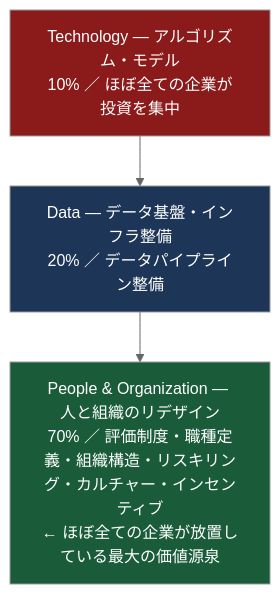
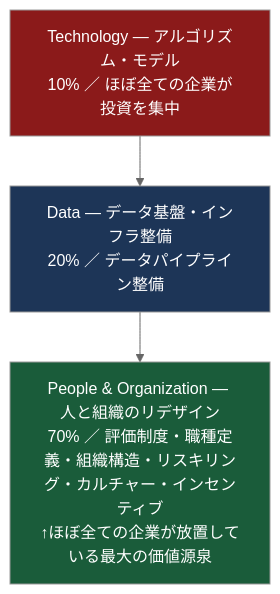
One commit to Leading-AI-IO/the-ai-organization changed the first of 14 diagrams in docs/jp/the-ai-organization_JP.md. Above: the diagram before and after it, drawn with Mermaid (neutral theme).

````diff
--- a/docs/jp/the-ai-organization_JP.md
+++ b/docs/jp/the-ai-organization_JP.md
@@ -49,11 +49,11 @@
 ```mermaid
 graph TD
     A["Technology — アルゴリズム・モデル<br/>10% ／ ほぼ全ての企業が投資を集中"]
     B["Data — データ基盤・インフラ整備<br/>20% ／ データパイプライン整備"]
-    C["People & Organization — 人と組織のリデザイン<br/>70% ／ 評価制度・職種定義・組織構造・リスキリング・カルチャー・インセンティブ<br/>← ほぼ全ての企業が放置している最大の価値源泉"]
+    C["People & Organization — 人と組織のリデザイン<br/>70% ／ 評価制度・職種定義・組織構造・リスキリング・カルチャー・インセンティブ<br/>↑ほぼ全ての企業が放置している最大の価値源泉"]
     A --> B --> C
 
     style A fill:#8b1a1a,color:#fff
     style B fill:#1d3557,color:#fff
     style C fill:#1a5c3a,color:#fff
 ```
````
